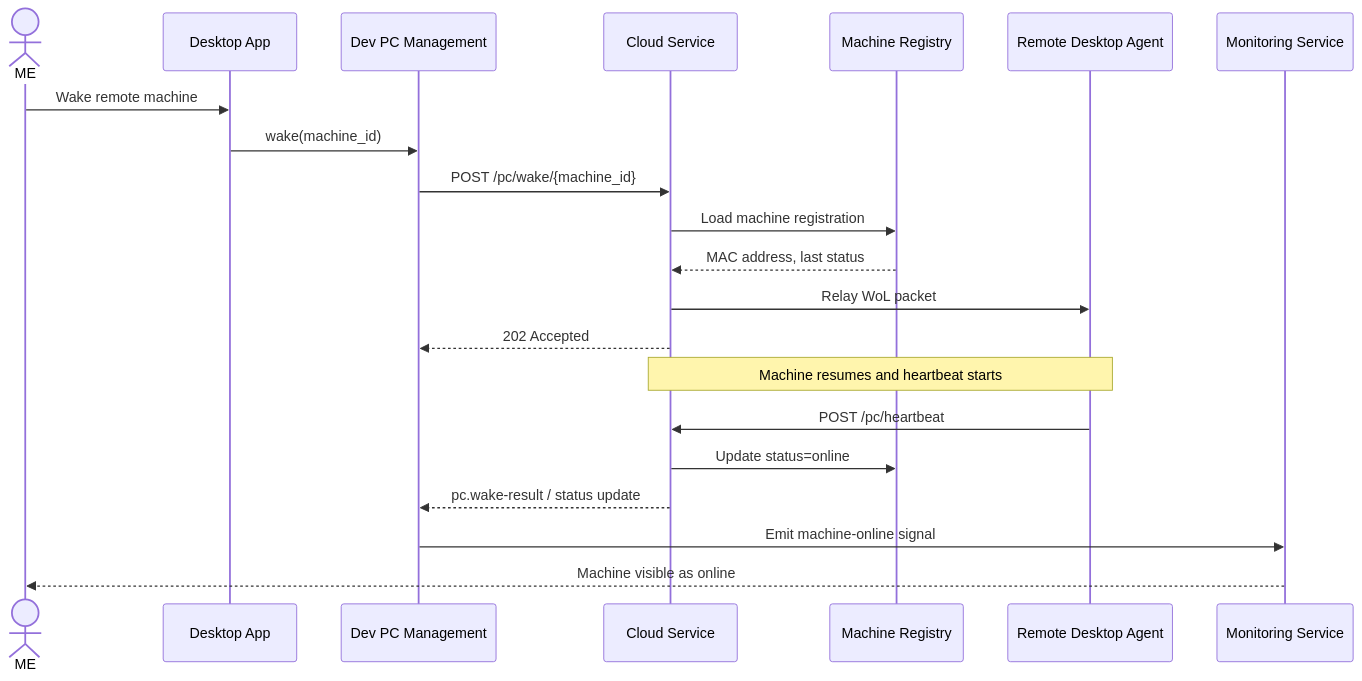
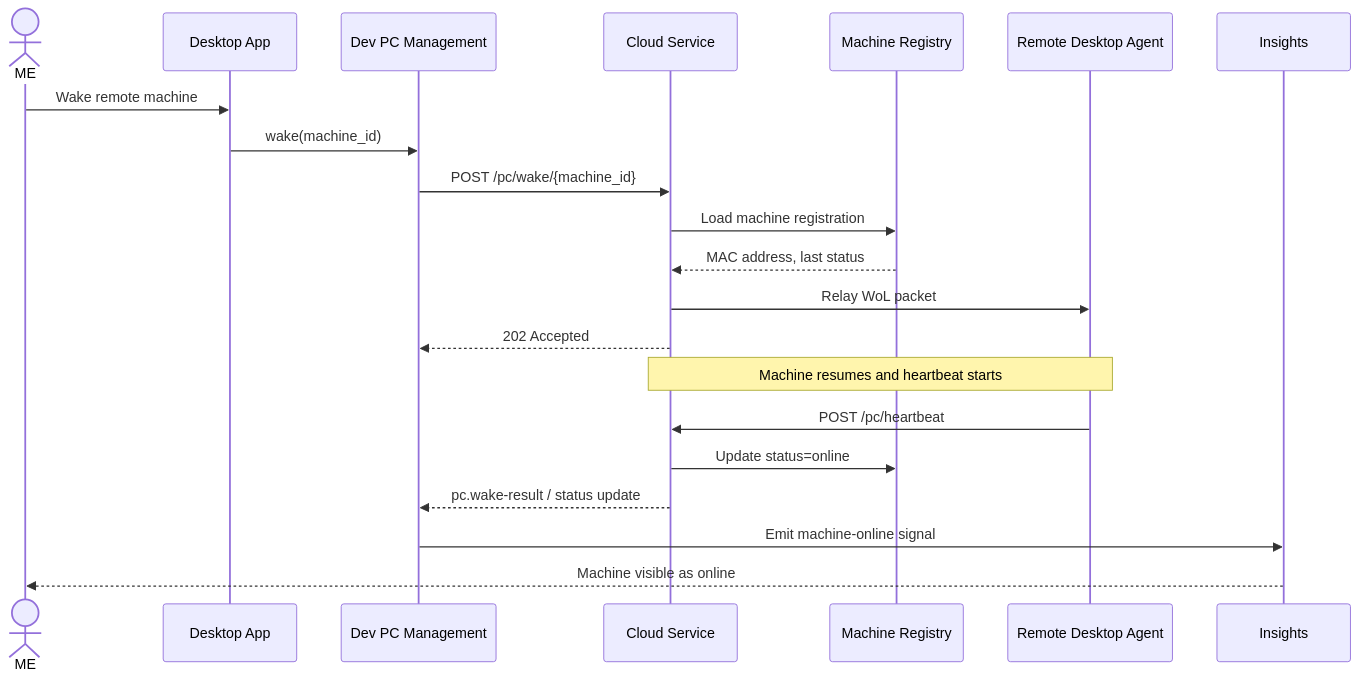
The tenth of 13 diagrams in .devbook/arc42/06-runtime-view.md (JSdotNet/Backlog), drawn with Mermaid before and after one commit. The commit also changed other lines of this file and 478 other files, not shown here.

````diff
--- a/.devbook/arc42/06-runtime-view.md
+++ b/.devbook/arc42/06-runtime-view.md
@@ -501,25 +501,25 @@
 ```mermaid
 sequenceDiagram
     actor ME
     participant Desktop as Desktop App
     participant DevPC as Dev PC Management
     participant Cloud as Cloud Service
     participant Registry as Machine Registry
     participant Target as Remote Desktop Agent
-    participant Monitoring as Monitoring Service
+    participant Insights as Insights
 
     ME->>Desktop: Wake remote machine
     Desktop->>DevPC: wake(machine_id)
     DevPC->>Cloud: POST /pc/wake/{machine_id}
     Cloud->>Registry: Load machine registration
     Registry-->>Cloud: MAC address, last status
     Cloud->>Target: Relay WoL packet
     Cloud-->>DevPC: 202 Accepted
 
     Note over Target,Cloud: Machine resumes and heartbeat starts
     Target->>Cloud: POST /pc/heartbeat
     Cloud->>Registry: Update status=online
     Cloud-->>DevPC: pc.wake-result / status update
-    DevPC->>Monitoring: Emit machine-online signal
-    Monitoring-->>ME: Machine visible as online
+    DevPC->>Insights: Emit machine-online signal
+    Insights-->>ME: Machine visible as online
 ```
````
